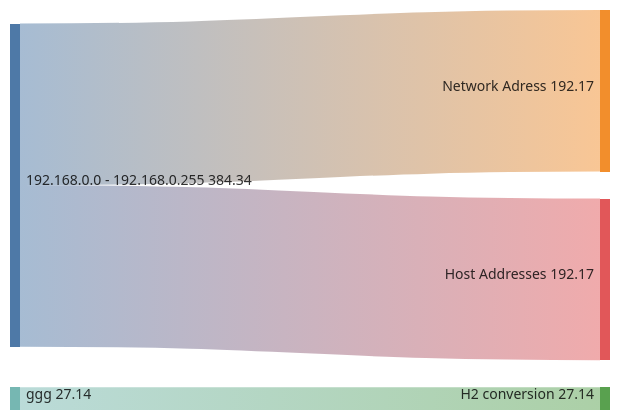
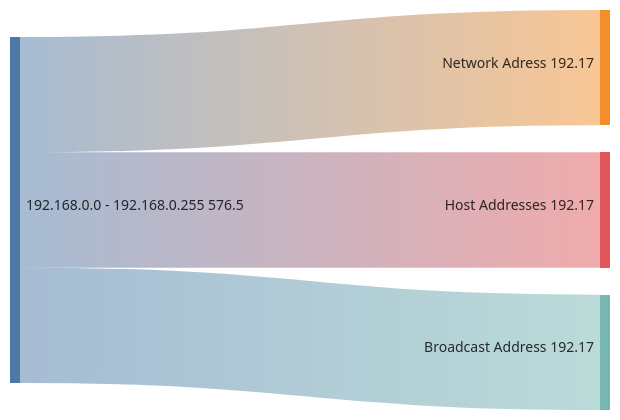
Before and after one commit to ShaharNaveh/ShaharNaveh.github.io: the diagram in content/blog/practical-networking-guide/index.md, drawn with Mermaid.

````diff
--- a/content/blog/practical-networking-guide/index.md
+++ b/content/blog/practical-networking-guide/index.md
@@ -9,8 +9,8 @@
 ```mermaid
 sankey-beta
 
 %% source,target,value
 192.168.0.0 - 192.168.0.255,Network Adress,192.168.0.0
 192.168.0.0 - 192.168.0.255,Host Addresses,192.168.0.1 - 192.168.0.254
-ggg,H2 conversion,27.14
+192.168.0.0 - 192.168.0.255,Broadcast Address,192.168.0.255
 ```
````
